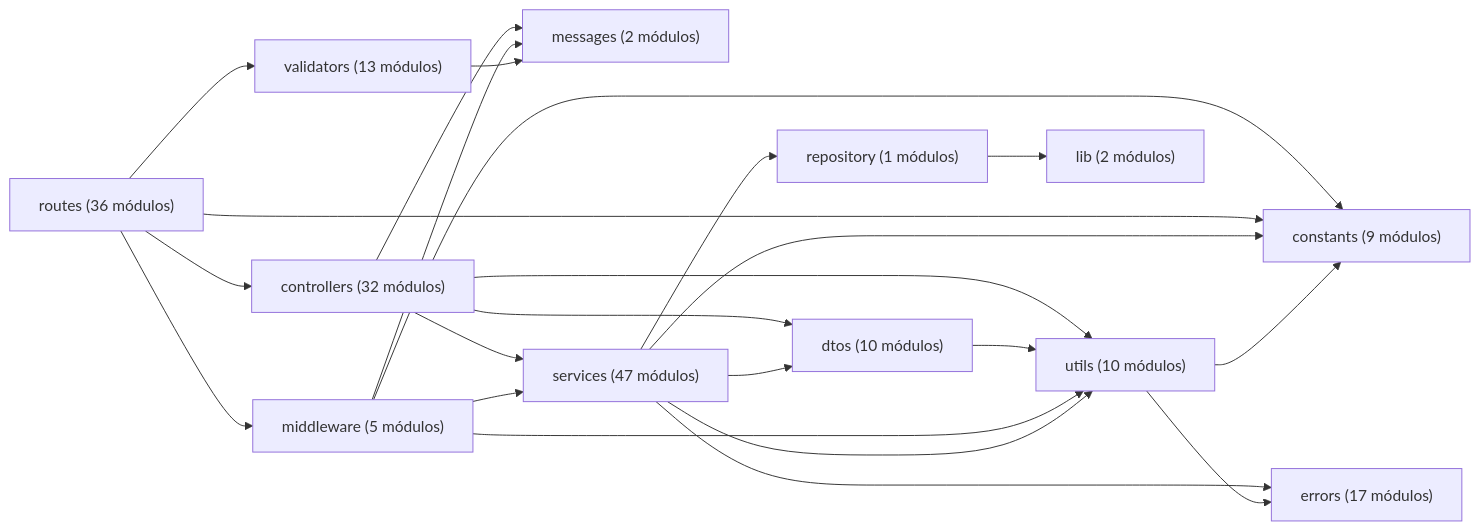
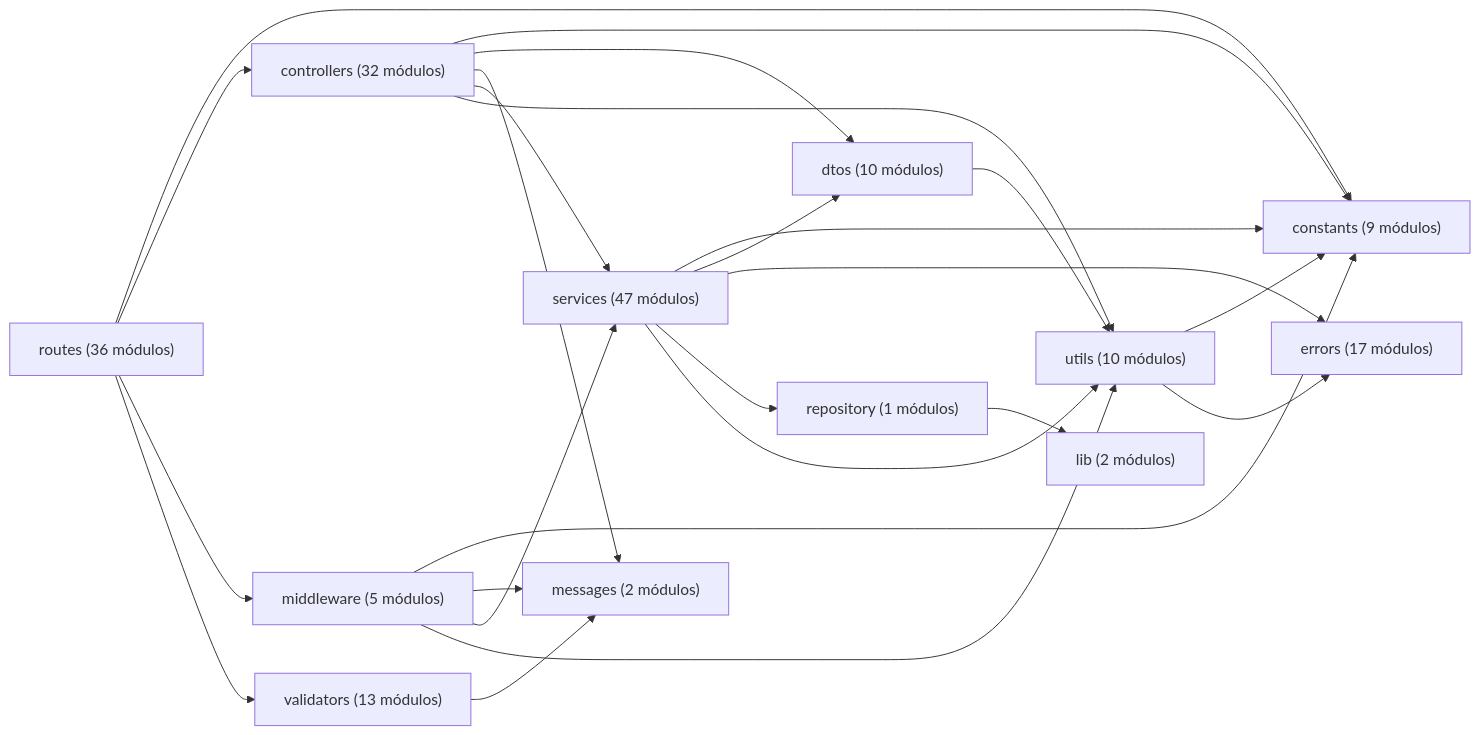
The diagram in docs/generated/code-map.md (gpgsistemas01/nexus), drawn with Mermaid before and after one commit. The commit also changed 13 other files, not shown here.

````diff
--- a/docs/generated/code-map.md
+++ b/docs/generated/code-map.md
@@ -15,25 +15,26 @@
 ```mermaid
 flowchart LR
+    controllers["controllers (32 módulos)"] --> constants["constants (9 módulos)"]
     controllers["controllers (32 módulos)"] --> dtos["dtos (10 módulos)"]
     controllers["controllers (32 módulos)"] --> messages["messages (2 módulos)"]
     controllers["controllers (32 módulos)"] --> services["services (47 módulos)"]
     controllers["controllers (32 módulos)"] --> utils["utils (10 módulos)"]
     dtos["dtos (10 módulos)"] --> utils["utils (10 módulos)"]
     middleware["middleware (5 módulos)"] --> constants["constants (9 módulos)"]
     middleware["middleware (5 módulos)"] --> messages["messages (2 módulos)"]
     middleware["middleware (5 módulos)"] --> services["services (47 módulos)"]
     middleware["middleware (5 módulos)"] --> utils["utils (10 módulos)"]
     repository["repository (1 módulos)"] --> lib["lib (2 módulos)"]
     routes["routes (36 módulos)"] --> constants["constants (9 módulos)"]
     routes["routes (36 módulos)"] --> controllers["controllers (32 módulos)"]
     routes["routes (36 módulos)"] --> middleware["middleware (5 módulos)"]
     routes["routes (36 módulos)"] --> validators["validators (13 módulos)"]
     services["services (47 módulos)"] --> constants["constants (9 módulos)"]
     services["services (47 módulos)"] --> dtos["dtos (10 módulos)"]
     services["services (47 módulos)"] --> errors["errors (17 módulos)"]
     services["services (47 módulos)"] --> repository["repository (1 módulos)"]
     services["services (47 módulos)"] --> utils["utils (10 módulos)"]
     utils["utils (10 módulos)"] --> constants["constants (9 módulos)"]
     utils["utils (10 módulos)"] --> errors["errors (17 módulos)"]
     validators["validators (13 módulos)"] --> messages["messages (2 módulos)"]
 ```
````
